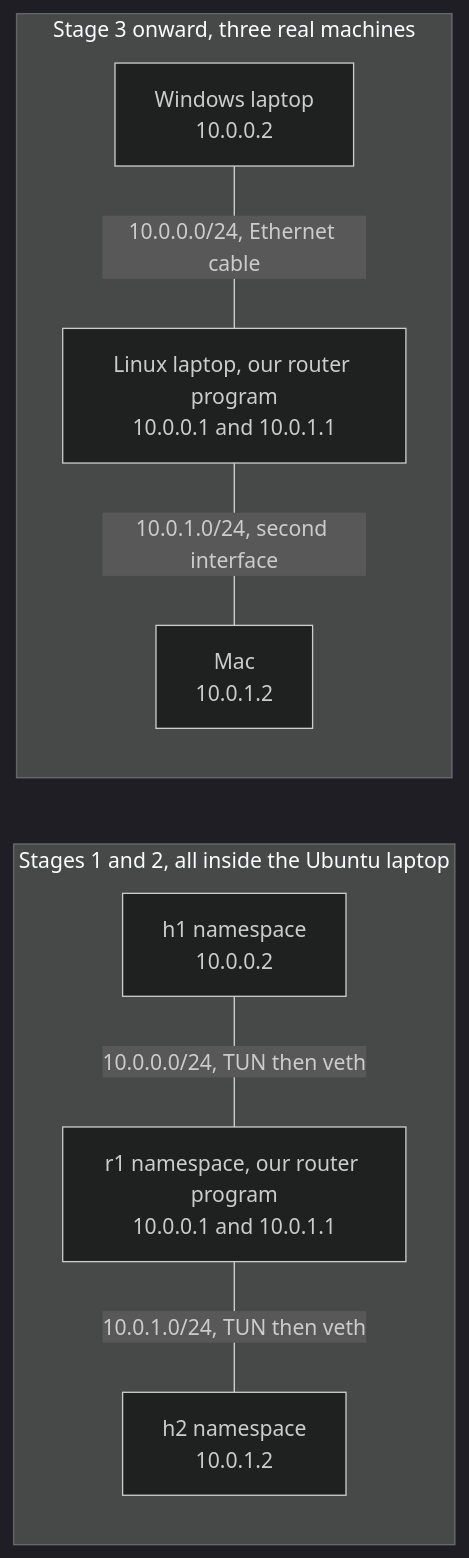
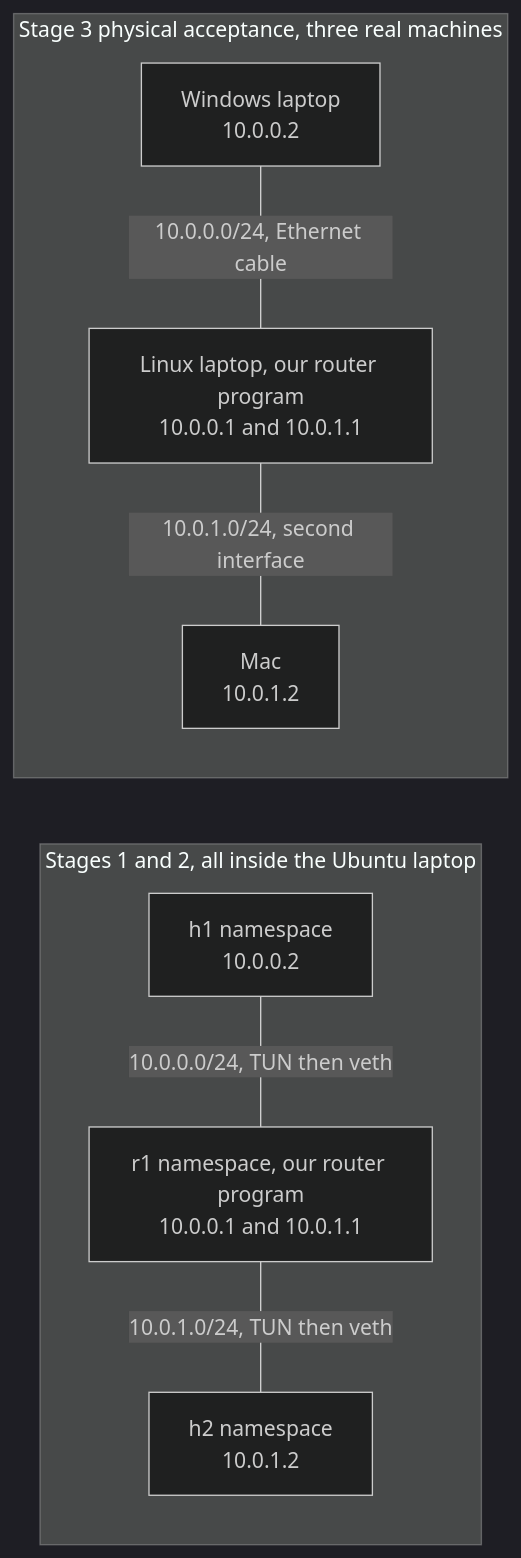
One commit to obi-a/goodnews-router changed the first of 4 diagrams in software-router-project-plan.md. Above: the diagram before and after it, drawn with Mermaid (dark theme). The commit also changed other lines of this file and 28 other files, not shown here.

````diff
--- a/software-router-project-plan.md
+++ b/software-router-project-plan.md
@@ -19,17 +19,17 @@
 ```mermaid
 flowchart LR
     subgraph REHEARSAL["Stages 1 and 2, all inside the Ubuntu laptop"]
         H1["h1 namespace<br/>10.0.0.2"]
         R1["r1 namespace, our router program<br/>10.0.0.1 and 10.0.1.1"]
         H2["h2 namespace<br/>10.0.1.2"]
         H1 ---|"10.0.0.0/24, TUN then veth"| R1
         R1 ---|"10.0.1.0/24, TUN then veth"| H2
     end
-    subgraph PHYSICAL["Stage 3 onward, three real machines"]
+    subgraph PHYSICAL["Stage 3 physical acceptance, three real machines"]
         WIN["Windows laptop<br/>10.0.0.2"]
         LIN["Linux laptop, our router program<br/>10.0.0.1 and 10.0.1.1"]
         MAC["Mac<br/>10.0.1.2"]
         WIN ---|"10.0.0.0/24, Ethernet cable"| LIN
         LIN ---|"10.0.1.0/24, second interface"| MAC
     end
 ```
````
